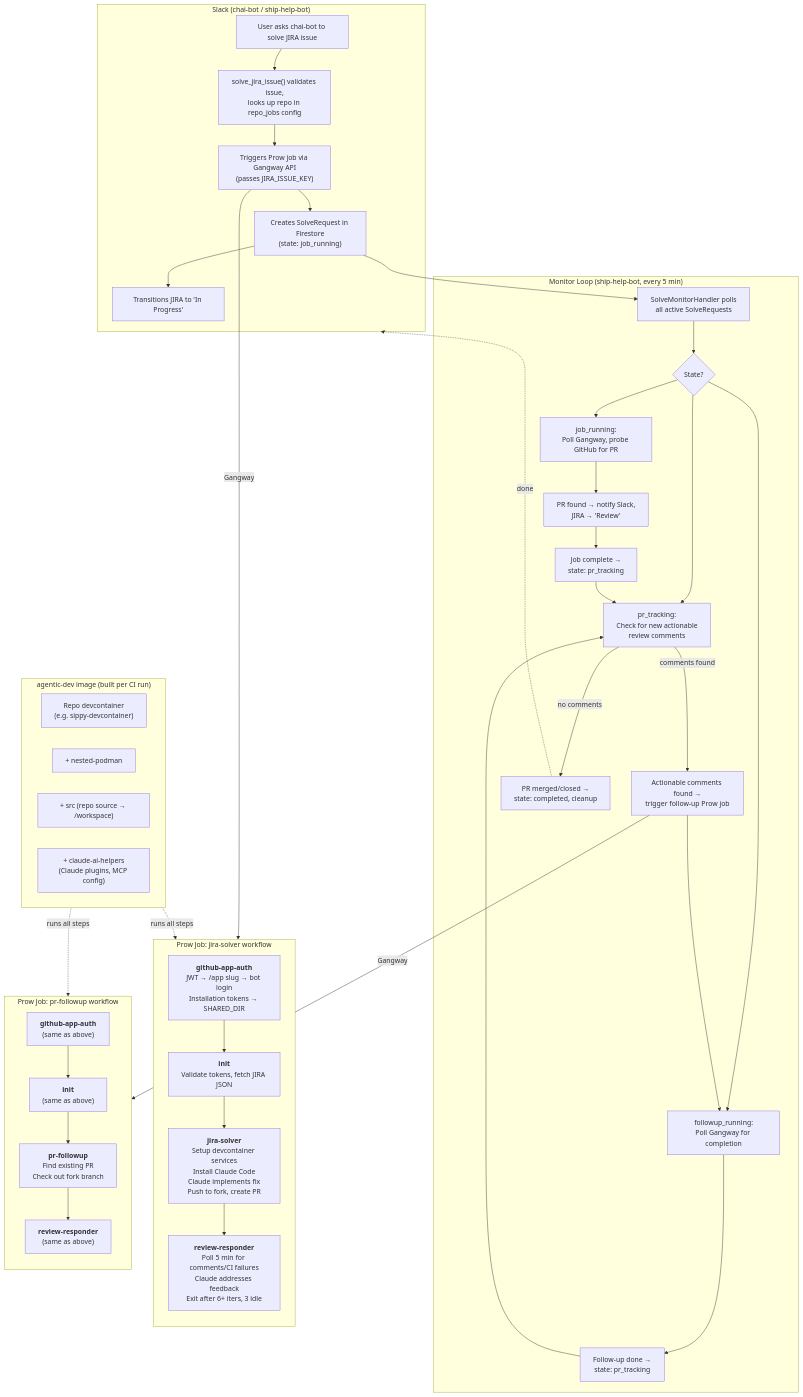
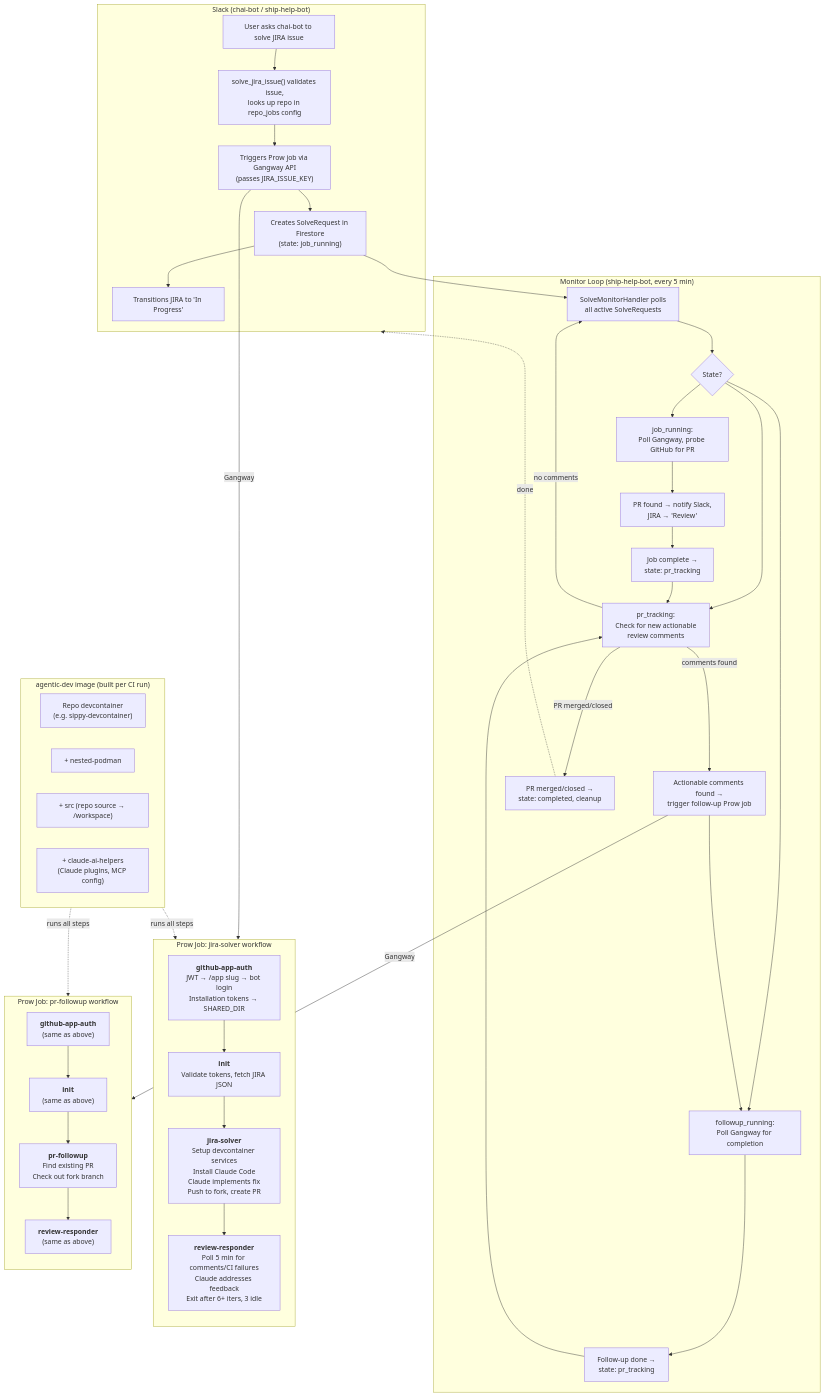
Before and after one commit to openshift/release: the first of 2 diagrams in ci-operator/step-registry/openshift/agentic/trt/ARCHITECTURE.md, drawn with Mermaid. The commit also changed other lines of this file, not shown here.

Commit message:
fix pr_tracking flow and code fence language in architecture diagram

````diff
--- a/ci-operator/step-registry/openshift/agentic/trt/ARCHITECTURE.md
+++ b/ci-operator/step-registry/openshift/agentic/trt/ARCHITECTURE.md
@@ -7,68 +7,69 @@
 ```mermaid
 flowchart TD
     subgraph slack["Slack (chai-bot / ship-help-bot)"]
         A[User asks chai-bot to solve JIRA issue]
         B["solve_jira_issue() validates issue,<br/>looks up repo in repo_jobs config"]
         C["Triggers Prow job via Gangway API<br/>(passes JIRA_ISSUE_KEY)"]
         D["Creates SolveRequest in Firestore<br/>(state: job_running)"]
         E["Transitions JIRA to 'In Progress'"]
     end
 
     subgraph monitor["Monitor Loop (ship-help-bot, every 5 min)"]
         M1["SolveMonitorHandler polls<br/>all active SolveRequests"]
         M2{"State?"}
         M3["job_running:<br/>Poll Gangway, probe GitHub for PR"]
         M4["PR found → notify Slack,<br/>JIRA → 'Review'"]
         M5["Job complete →<br/>state: pr_tracking"]
         M6["pr_tracking:<br/>Check for new actionable<br/>review comments"]
         M7["Actionable comments found →<br/>trigger follow-up Prow job"]
         M8["followup_running:<br/>Poll Gangway for completion"]
         M9["Follow-up done →<br/>state: pr_tracking"]
         M10["PR merged/closed →<br/>state: completed, cleanup"]
     end
 
     subgraph solve_job["Prow Job: jira-solver workflow"]
         direction TB
         S1["<b>github-app-auth</b><br/>JWT → /app slug → bot login<br/>Installation tokens → SHARED_DIR"]
         S2["<b>init</b><br/>Validate tokens, fetch JIRA JSON"]
         S3["<b>jira-solver</b><br/>Setup devcontainer services<br/>Install Claude Code<br/>Claude implements fix<br/>Push to fork, create PR"]
         S4["<b>review-responder</b><br/>Poll 5 min for comments/CI failures<br/>Claude addresses feedback<br/>Exit after 6+ iters, 3 idle"]
         S1 --> S2 --> S3 --> S4
     end
 
     subgraph followup_job["Prow Job: pr-followup workflow"]
         direction TB
         F1["<b>github-app-auth</b><br/>(same as above)"]
         F2["<b>init</b><br/>(same as above)"]
         F3["<b>pr-followup</b><br/>Find existing PR<br/>Check out fork branch"]
         F4["<b>review-responder</b><br/>(same as above)"]
         F1 --> F2 --> F3 --> F4
     end
 
     subgraph image["agentic-dev image (built per CI run)"]
         I1["Repo devcontainer<br/>(e.g. sippy-devcontainer)"]
         I2["+ nested-podman"]
         I3["+ src (repo source → /workspace)"]
         I4["+ claude-ai-helpers<br/>(Claude plugins, MCP config)"]
     end
 
     A --> B --> C --> D --> E
     C -->|"Gangway"| solve_job
     D --> M1
     M1 --> M2
     M2 --> M3
     M2 --> M6
     M2 --> M8
     M3 --> M4 --> M5
     M5 --> M6
-    M6 -->|"no comments"| M10
+    M6 -->|"no comments"| M1
     M6 -->|"comments found"| M7
+    M6 -->|"PR merged/closed"| M10
     M7 -->|"Gangway"| followup_job
     M7 --> M8
     M8 --> M9
     M9 --> M6
     M10 -.->|"done"| slack
 
     image -.->|"runs all steps"| solve_job
     image -.->|"runs all steps"| followup_job
 ```
````
